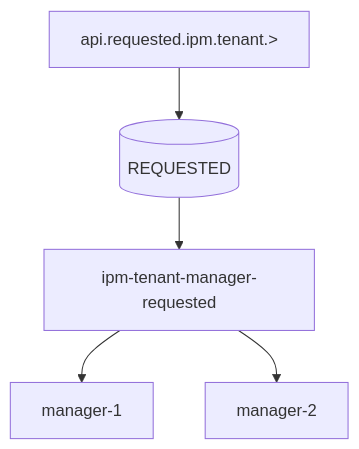
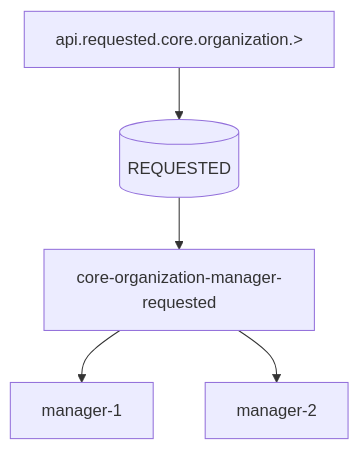
Before and after one commit to danielsabatini/smarkee: the first of 6 diagrams in docs/NATS.md, drawn with Mermaid. The commit also changed other lines of this file and 10 other files, not shown here.

First line of the commit message:
docs: Organization no módulo core, nomenclatura por meio e interface HTTP

````diff
--- a/docs/NATS.md
+++ b/docs/NATS.md
@@ -392,7 +392,7 @@
 ```mermaid
 graph TD
-    A[api.requested.ipm.tenant.>] --> B[(REQUESTED)]
-    B --> C[ipm-tenant-manager-requested]
+    A[api.requested.core.organization.>] --> B[(REQUESTED)]
+    B --> C[core-organization-manager-requested]
     C --> D[manager-1]
     C --> E[manager-2]
 ```
````
